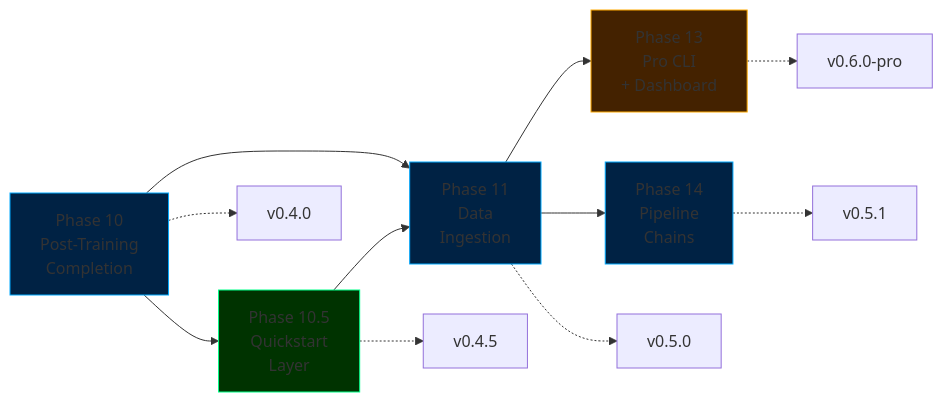
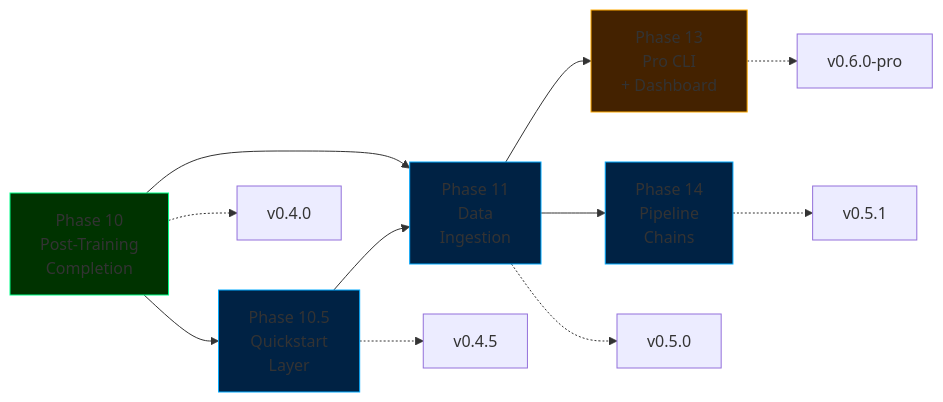
One commit to cemililik/ForgeLM changed the diagram in docs/roadmap.md. Above: the diagram before and after it, drawn with Mermaid. The commit also changed other lines of this file and 53 other files, not shown here.

````diff
--- a/docs/roadmap.md
+++ b/docs/roadmap.md
@@ -23,20 +22,20 @@
 ```mermaid
 graph LR
     P10[Phase 10<br/>Post-Training<br/>Completion] --> P105[Phase 10.5<br/>Quickstart<br/>Layer]
     P10 --> P11[Phase 11<br/>Data<br/>Ingestion]
     P105 --> P11
     P11 --> P13[Phase 13<br/>Pro CLI<br/>+ Dashboard]
     P11 --> P14[Phase 14<br/>Pipeline<br/>Chains]
 
     P10 -.-> V1[v0.4.0]
     P105 -.-> V15[v0.4.5]
     P11 -.-> V2[v0.5.0]
     P14 -.-> V25[v0.5.1]
     P13 -.-> V3[v0.6.0-pro]
 
-    style P10 fill:#002244,stroke:#00aaff
-    style P105 fill:#003300,stroke:#00ff88
+    style P10 fill:#003300,stroke:#00ff88
+    style P105 fill:#002244,stroke:#00aaff
     style P11 fill:#002244,stroke:#00aaff
     style P13 fill:#442200,stroke:#ffaa00
     style P14 fill:#002244,stroke:#00aaff
 ```
````
